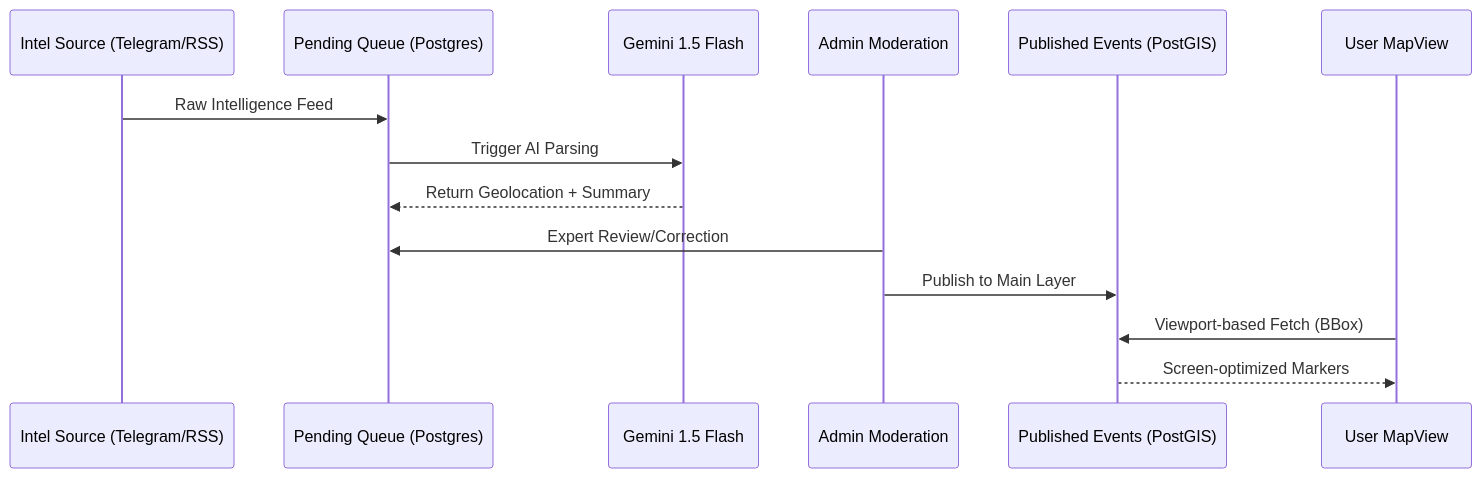
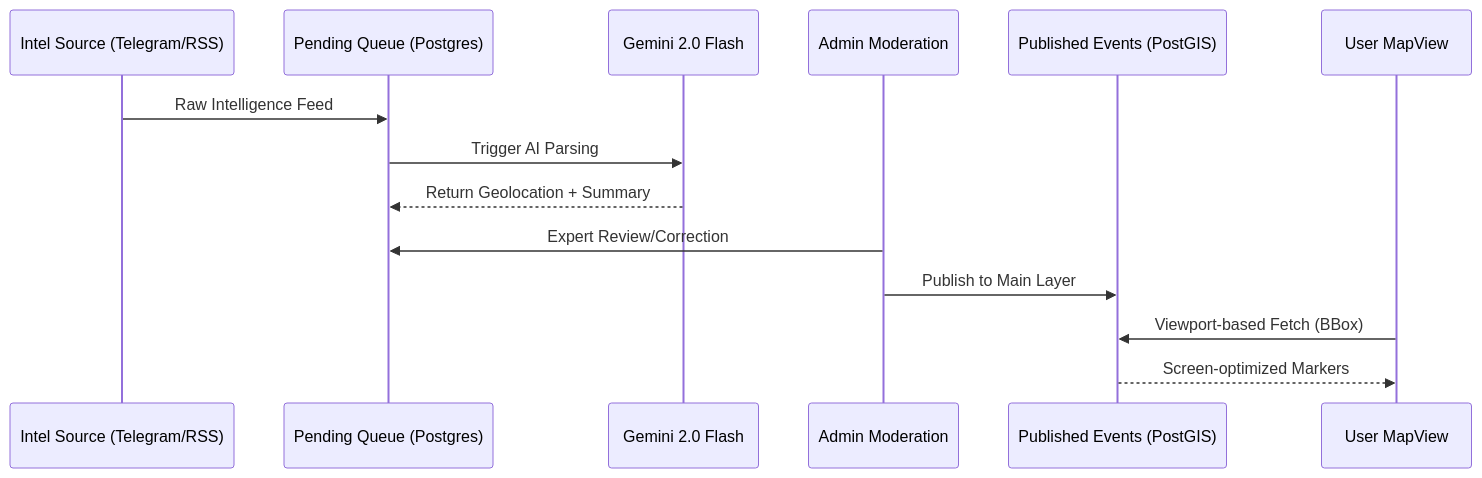
Before and after one commit to ragibalasad/osint-map: the diagram in docs/architecture.md, drawn with Mermaid. The commit also changed other lines of this file and 9 other files, not shown here.

````diff
--- a/docs/architecture.md
+++ b/docs/architecture.md
@@ -5,17 +5,17 @@
 ```mermaid
 sequenceDiagram
     participant S as Intel Source (Telegram/RSS)
     participant Q as Pending Queue (Postgres)
-    participant AI as Gemini 1.5 Flash
+    participant AI as Gemini 2.0 Flash
     participant M as Admin Moderation
     participant DB as Published Events (PostGIS)
     participant U as User MapView
 
     S->>Q: Raw Intelligence Feed
     Q->>AI: Trigger AI Parsing
     AI-->>Q: Return Geolocation + Summary
     M->>Q: Expert Review/Correction
     M->>DB: Publish to Main Layer
     U->>DB: Viewport-based Fetch (BBox)
     DB-->>U: Screen-optimized Markers
 ```
````
